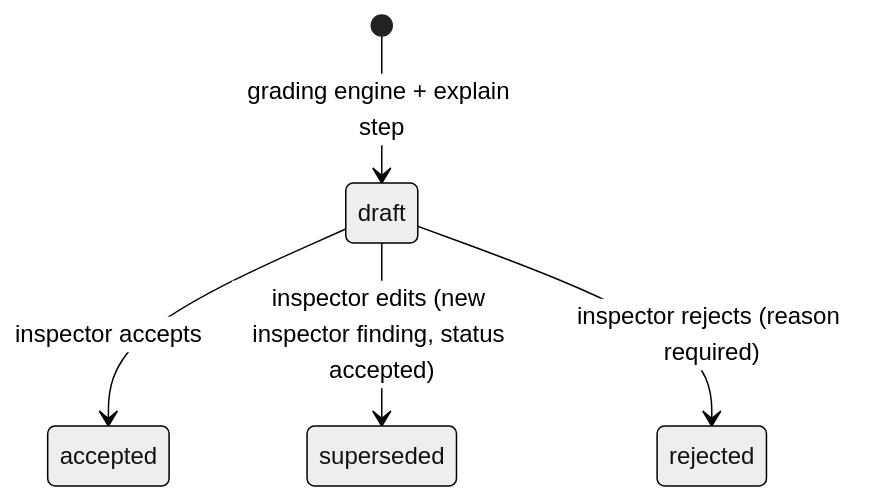
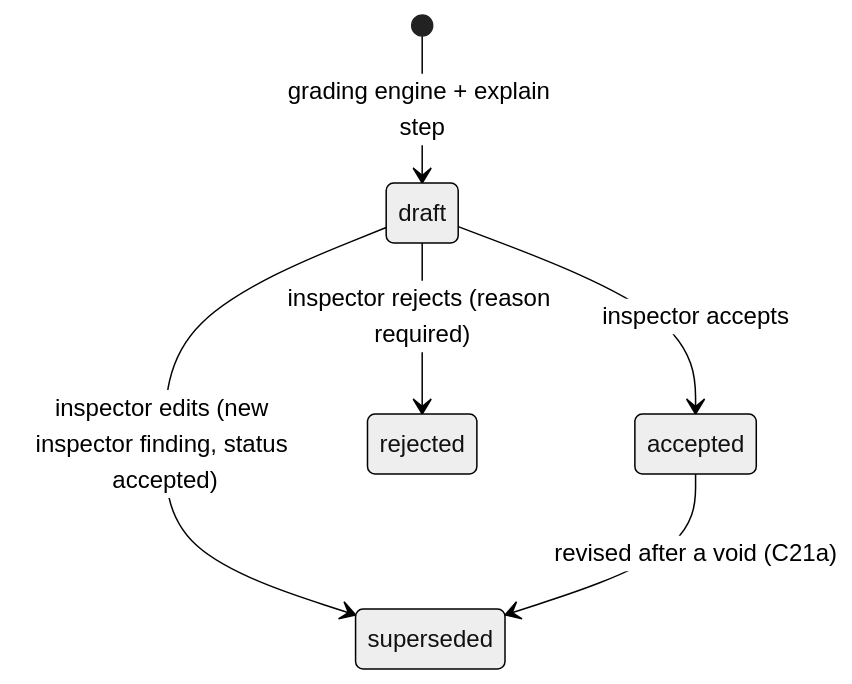
Before and after one commit to Muddyscode/Anode: the third of 5 diagrams in docs/domain-model.md, drawn with Mermaid (neutral theme). The commit also changed other lines of this file and 2 other files, not shown here.

````diff
--- a/docs/domain-model.md
+++ b/docs/domain-model.md
@@ -580,7 +629,8 @@
 ```mermaid
 stateDiagram-v2
     [*] --> draft: grading engine + explain step
     draft --> accepted: inspector accepts
     draft --> superseded: inspector edits (new inspector finding, status accepted)
     draft --> rejected: inspector rejects (reason required)
+    accepted --> superseded: revised after a void (C21a)
 ```
````
